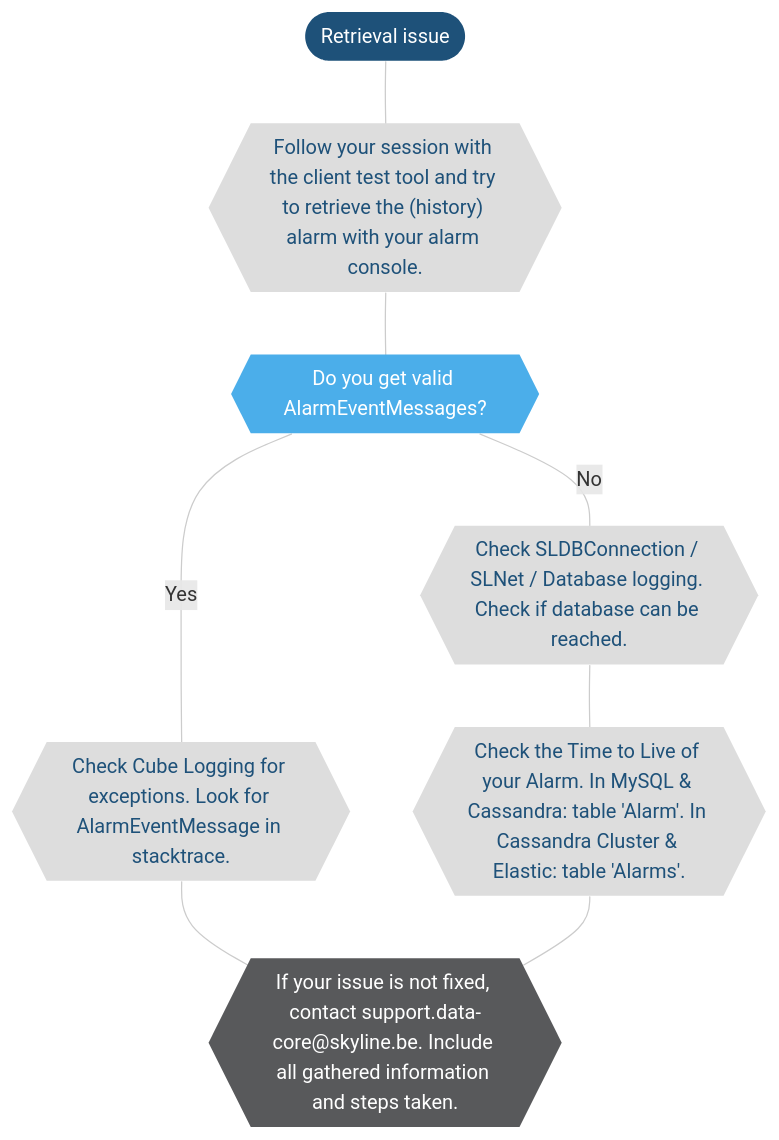
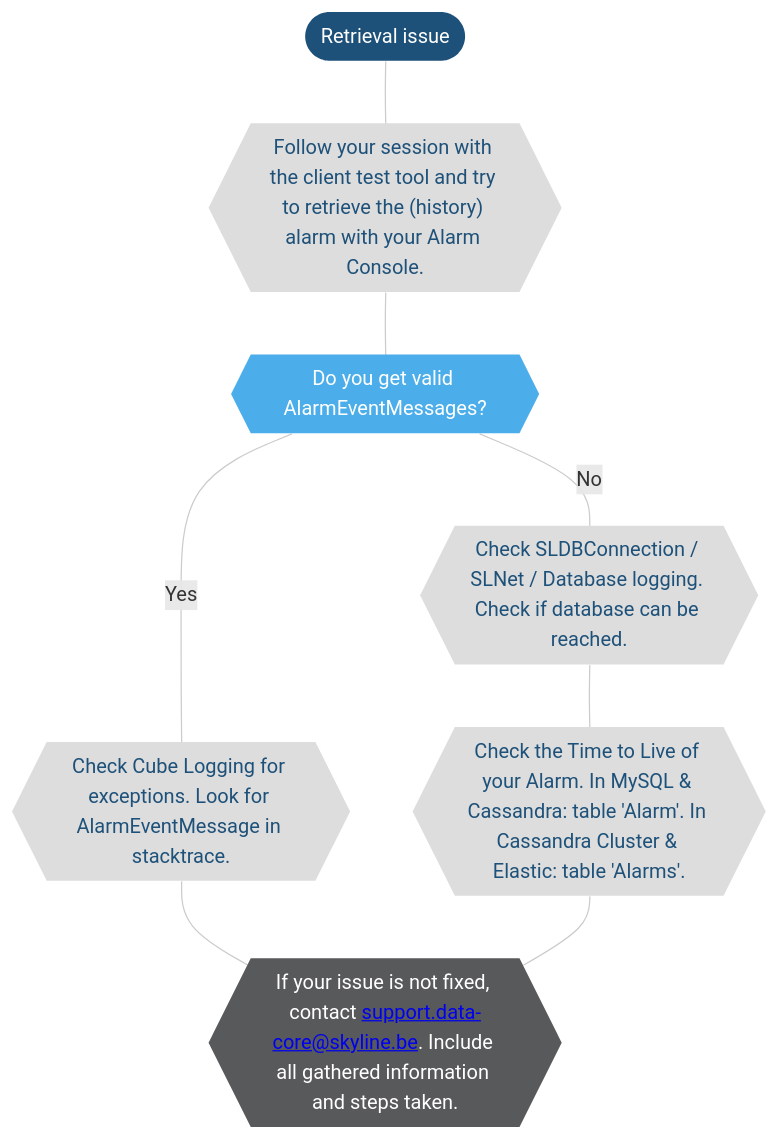
Before and after one commit to SkylineCommunications/dataminer-docs: the second of 3 diagrams in user-guide/Troubleshooting/Troubleshooting_Flowcharts/Troubleshooting_Alarms.md, drawn with Mermaid. The commit also changed other lines of this file and 13 other files, not shown here.

````diff
--- a/user-guide/Troubleshooting/Troubleshooting_Flowcharts/Troubleshooting_Alarms.md
+++ b/user-guide/Troubleshooting/Troubleshooting_Flowcharts/Troubleshooting_Alarms.md
@@ -58,35 +58,35 @@
 ```mermaid
 flowchart TD
 %% Define styles %%
 linkStyle default stroke:#cccccc
 classDef classTerminal fill:#1e5179,stroke:#1e5179,color:#ffffff,stroke-width:0px;
 classDef classDecision fill:#4baeea,stroke:#4baeea,color:#ffffff,stroke-width:0px;
 classDef classExternalRef fill:#9ddaf5,stroke:#9ddaf5,color:#1E5179,stroke-width:0px;
 classDef classActionClickable fill:#999999,stroke:#999999,color:#ffffff,stroke-width:0px;
 classDef classAction fill:#dddddd,stroke:#dddddd,color:#1E5179,stroke-width:0px;
 classDef classSolution fill:#58595b,stroke:#58595b,color:#ffffff,stroke-width:0px;
 %% Define blocks %%
 RetrievalIssue([Retrieval issue])
-FollowCTT{{"Follow your session with the client test tool and try to retrieve the (history) alarm with your alarm console."}}
+FollowCTT{{"Follow your session with the client test tool and try to retrieve the (history) alarm with your Alarm Console."}}
 RetrievalIssueChecks{{"Do you get valid AlarmEventMessages?"}}
 ClientSide{{"Check Cube Logging for exceptions. Look for AlarmEventMessage in stacktrace."}}
 ServerSide{{"Check SLDBConnection / SLNet / Database logging. Check if database can be reached."}}
 AlarmTTL{{"Check the Time to Live of your Alarm. In MySQL & Cassandra: table 'Alarm'. In Cassandra Cluster & Elastic: table 'Alarms'."}}
-NotFixed{{"If your issue is not fixed, contact support.data-core@skyline.be. Include all gathered information and steps taken."}}
+NotFixed{{"If your issue is not fixed, contact <a href="mailto:support.data-core@skyline.be">support.data-core@skyline.be</a>. Include all gathered information and steps taken."}}
 %% Connect blocks %%
 RetrievalIssue --- FollowCTT
 FollowCTT --- RetrievalIssueChecks
 RetrievalIssueChecks --- |Yes|ClientSide
 RetrievalIssueChecks --- |No|ServerSide
 ServerSide --- AlarmTTL
 ClientSide --- NotFixed
 AlarmTTL --- NotFixed
 %% Define hyperlinks %%
 %% Apply styles to blocks %%
 class RetrievalIssue classTerminal;
 class AlarmConsole,Surveyor,Apps,Trending classExternalRef;
 %%class classActionClickable;
 class FollowCTT,ClientSide,ServerSide,AlarmTTL classAction;
 class RetrievalIssueChecks classDecision;
 class NotFixed classSolution;
 ```
````
